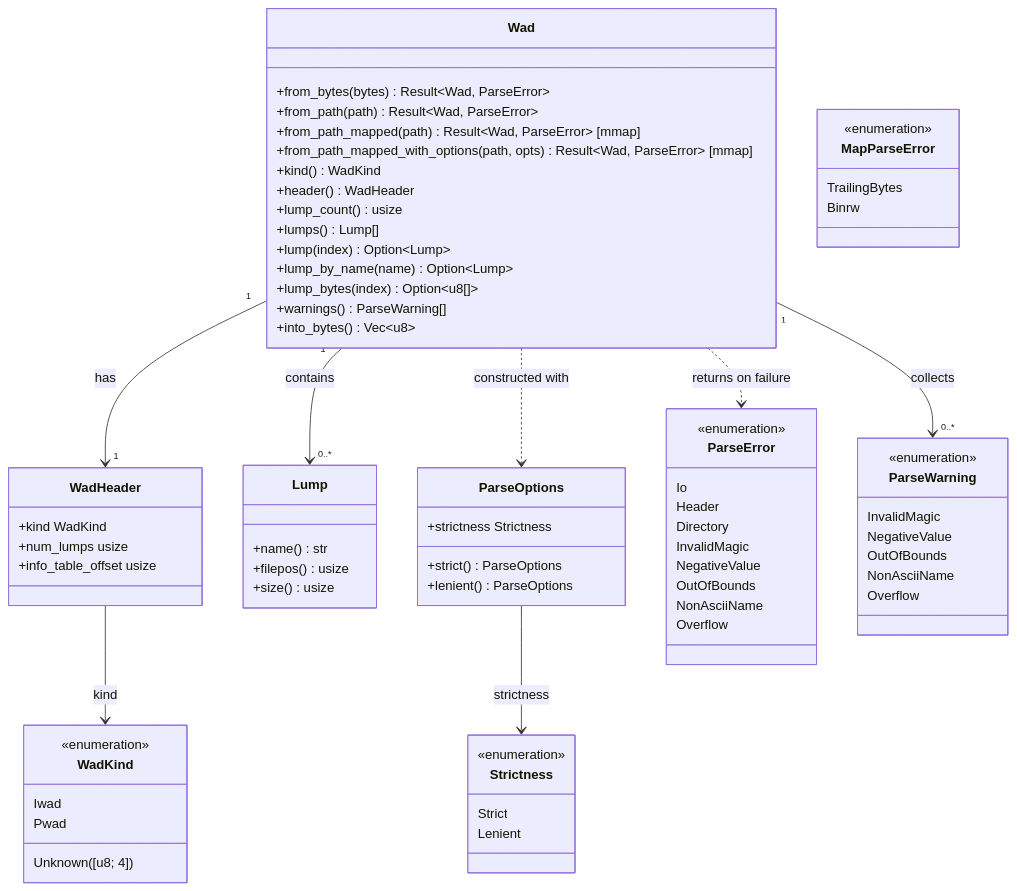
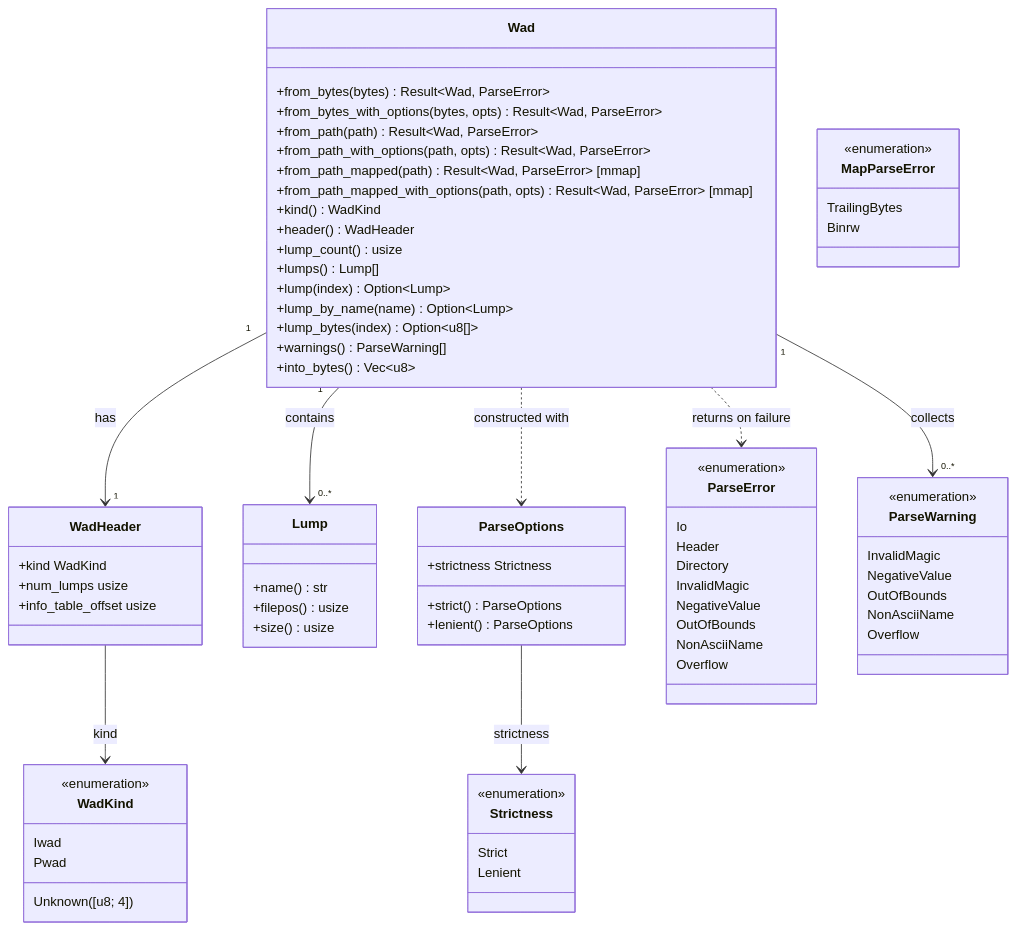
One commit to masriamir/crustywad changed the second of 2 diagrams in docs/diagrams/data-model.md. Above: the diagram before and after it, drawn with Mermaid.

Commit message:
docs(diagrams): add missing _with_options constructors to Wad class diagram

````diff
--- a/docs/diagrams/data-model.md
+++ b/docs/diagrams/data-model.md
@@ -33,76 +33,78 @@
 ```mermaid
 classDiagram
     class Wad {
         +from_bytes(bytes) Result~Wad, ParseError~
+        +from_bytes_with_options(bytes, opts) Result~Wad, ParseError~
         +from_path(path) Result~Wad, ParseError~
+        +from_path_with_options(path, opts) Result~Wad, ParseError~
         +from_path_mapped(path) Result~Wad, ParseError~ [mmap]
         +from_path_mapped_with_options(path, opts) Result~Wad, ParseError~ [mmap]
         +kind() WadKind
         +header() WadHeader
         +lump_count() usize
         +lumps() Lump[]
         +lump(index) Option~Lump~
         +lump_by_name(name) Option~Lump~
         +lump_bytes(index) Option~u8[]~
         +warnings() ParseWarning[]
         +into_bytes() Vec~u8~
     }
     class WadHeader {
         +kind WadKind
         +num_lumps usize
         +info_table_offset usize
     }
     class Lump {
         +name() str
         +filepos() usize
         +size() usize
     }
     class WadKind {
         <<enumeration>>
         Iwad
         Pwad
         Unknown([u8; 4])
     }
     class ParseOptions {
         +strictness Strictness
         +strict() ParseOptions
         +lenient() ParseOptions
     }
     class Strictness {
         <<enumeration>>
         Strict
         Lenient
     }
     class ParseError {
         <<enumeration>>
         Io
         Header
         Directory
         InvalidMagic
         NegativeValue
         OutOfBounds
         NonAsciiName
         Overflow
     }
     class ParseWarning {
         <<enumeration>>
         InvalidMagic
         NegativeValue
         OutOfBounds
         NonAsciiName
         Overflow
     }
     class MapParseError {
         <<enumeration>>
         TrailingBytes
         Binrw
     }
 
     Wad "1" --> "1" WadHeader : has
     Wad "1" --> "0..*" Lump : contains
     Wad "1" --> "0..*" ParseWarning : collects
     WadHeader --> WadKind : kind
     ParseOptions --> Strictness : strictness
     Wad ..> ParseOptions : constructed with
     Wad ..> ParseError : returns on failure
 ```
````
